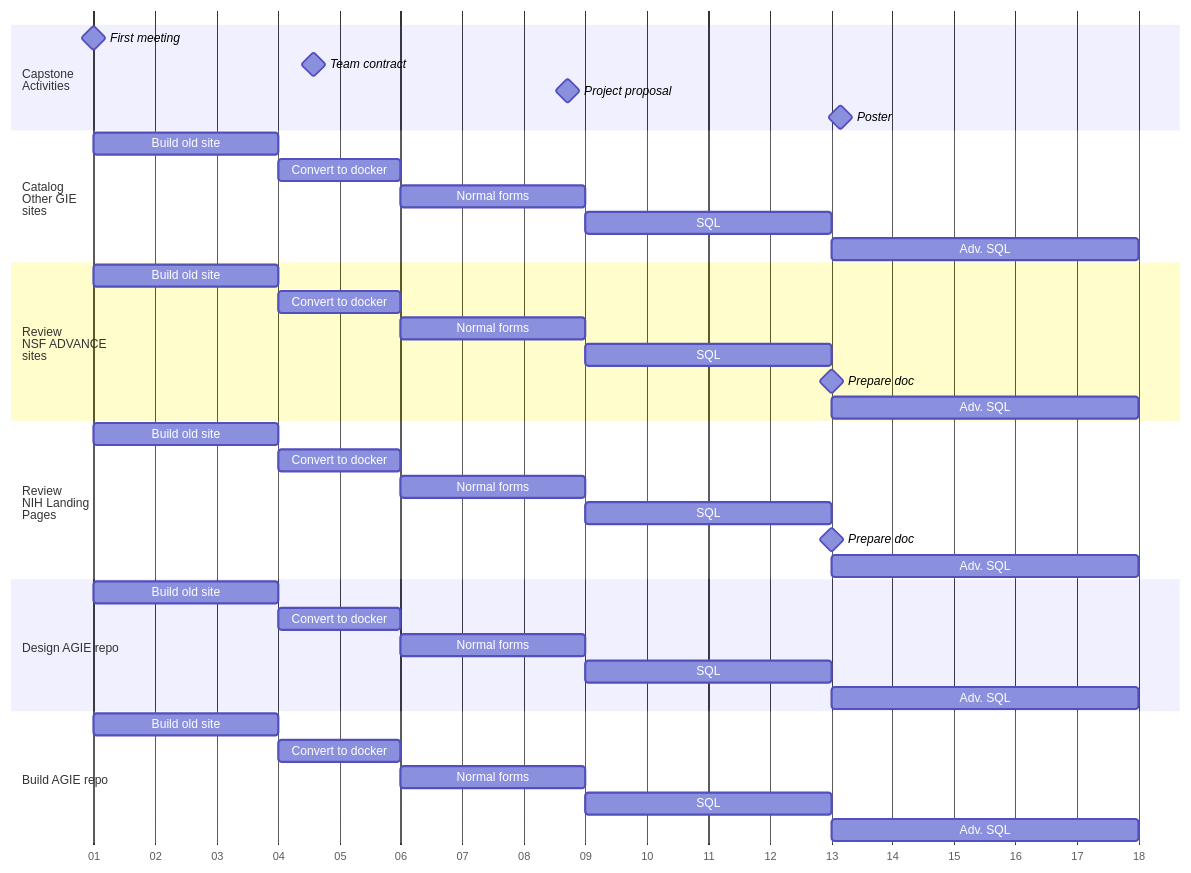
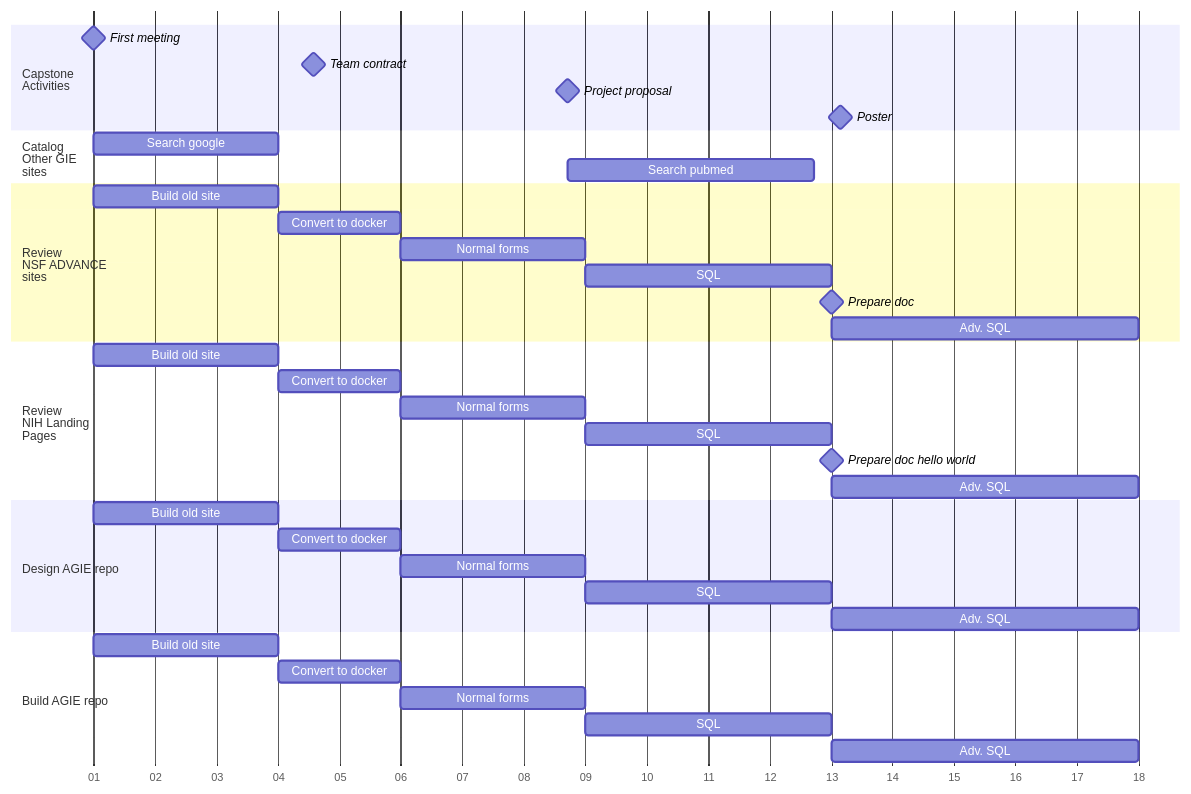
Before and after one commit to VCU-CS-Capstone/CS-25-307-AGIE-follow-on: the diagram in website/_gantt.qmd, drawn with Mermaid. The commit also changed 2 other files, not shown here.

Commit message:
minor change during meeting

````diff
--- a/website/_gantt.qmd
+++ b/website/_gantt.qmd
@@ -18,49 +18,46 @@
 ```{mermaid}
 gantt
     dateFormat  M/DD/YYYY
     axisFormat  %W
 
     section Capstone<br/>Activities
     First meeting: milestone, ca1, 1/7/2024, 0
     Team contract: milestone, ca2, 2/1/2024, 0
     Project proposal: milestone, ca3, 3/1/2024, 0
     Poster: milestone, ca4, 4/1/2024, 0
 
     section Catalog<br/>Other GIE<br/>sites
-    Build old site : m1, 1/7/2024, 3w
-    Convert to docker: m4, after m1, 2w
-    Normal forms: m5, after m4, 3w
-    SQL : m6, after m5, 4w
-    Adv. SQL: m7, after m6, 5w
-
+    Search google : m1, 1/7/2024, 3w
+    Search pubmed : m2, 3/1/2024, 4w
+    
     section Review<br/>NSF ADVANCE<br/>sites
     Build old site : m1, 1/7/2024, 3w
     Convert to docker: m4, after m1, 2w
     Normal forms: m5, after m4, 3w
     SQL : m6, after m5, 4w
     Prepare doc: milestone,m55, after m6, milestone
     Adv. SQL: m7, after m6, 5w
 
     section Review<br/>NIH Landing<br/>Pages
     Build old site : m1, 1/7/2024, 3w
     Convert to docker: m4, after m1, 2w
     Normal forms: m5, after m4, 3w
     SQL : m6, after m5, 4w
-    Prepare doc: milestone,m55, after m6, milestone
+    Prepare doc hello world: milestone,m55, after m6, milestone
     Adv. SQL: m7, after m6, 5w
 
     section Design AGIE repo
     Build old site : m1, 1/7/2024, 3w
     Convert to docker: m4, after m1, 2w
     Normal forms: m5, after m4, 3w
     SQL : m6, after m5, 4w
     Adv. SQL: m7, after m6, 5w
 
 
     section Build AGIE repo
     Build old site : m1, 1/7/2024, 3w
     Convert to docker: m4, after m1, 2w
     Normal forms: m5, after m4, 3w
     SQL : m6, after m5, 4w
     Adv. SQL: m7, after m6, 5w
 ```
````
